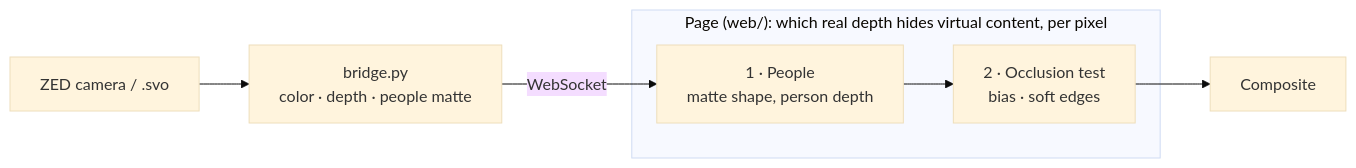
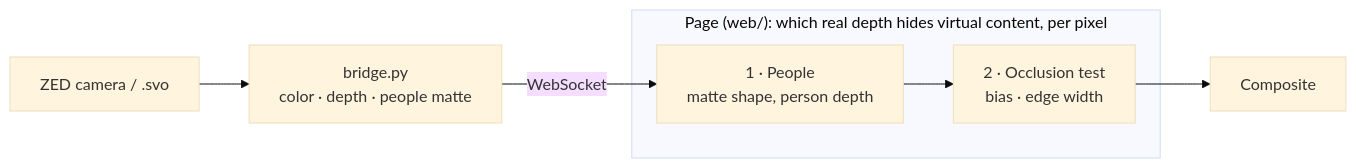
The diagram in README.md (TheoGil/zed-threejs-prototype), drawn with Mermaid (base theme) before and after one commit. The commit also changed other lines of this file and 2 other files, not shown here.

Commit message:
better looking default occlusion settings

````diff
--- a/README.md
+++ b/README.md
@@ -9,9 +9,9 @@
 ```mermaid
 flowchart LR
   zed["ZED camera / .svo"] --> bridge["bridge.py<br/>color · depth · people matte"]
   bridge -- "WebSocket" --> people
   subgraph page["Page (web/): which real depth hides virtual content, per pixel"]
-    people["1 · People<br/>matte shape, person depth"] --> test["2 · Occlusion test<br/>bias · soft edges"]
+    people["1 · People<br/>matte shape, person depth"] --> test["2 · Occlusion test<br/>bias · edge width"]
   end
   test --> out["Composite"]
 ```
````
